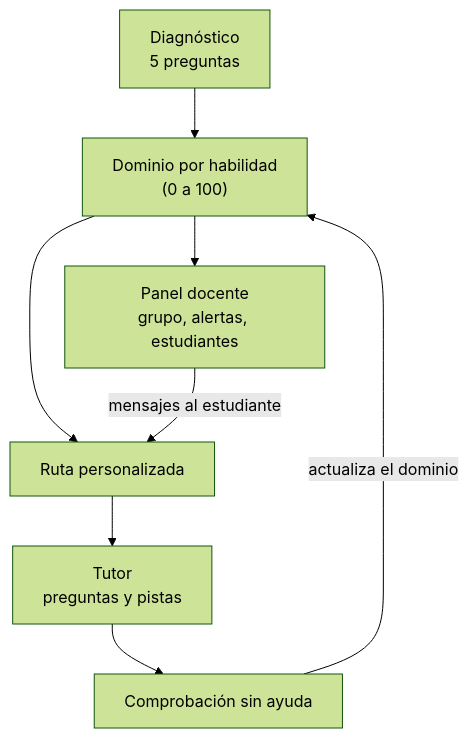
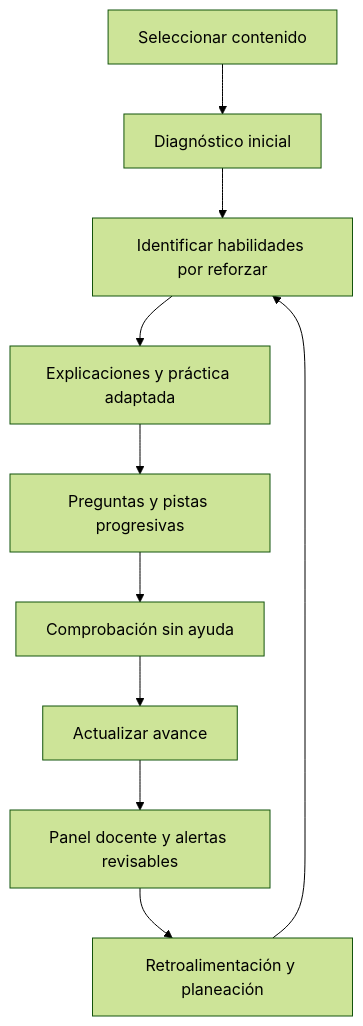
One commit to tuatrofisicoxav20-oss/equipo-16- changed the first of 2 diagrams in README.md. Above: the diagram before and after it, drawn with Mermaid (forest theme). The commit also changed other lines of this file, not shown here.

````diff
--- a/README.md
+++ b/README.md
@@ -57,10 +108,12 @@
 ```mermaid
 flowchart TD
-  A["Diagnóstico<br/>5 preguntas"] --> B["Dominio por habilidad<br/>(0 a 100)"]
-  B --> C["Ruta personalizada"]
-  C --> D["Tutor<br/>preguntas y pistas"]
-  D --> E["Comprobación sin ayuda"]
-  E -- "actualiza el dominio" --> B
-  B --> F["Panel docente<br/>grupo, alertas, estudiantes"]
-  F -- "mensajes al estudiante" --> C
+    A[Seleccionar contenido] --> B[Diagnóstico inicial]
+    B --> C[Identificar habilidades por reforzar]
+    C --> D[Explicaciones y práctica adaptada]
+    D --> E[Preguntas y pistas progresivas]
+    E --> F[Comprobación sin ayuda]
+    F --> G[Actualizar avance]
+    G --> H[Panel docente y alertas revisables]
+    H --> I[Retroalimentación y planeación]
+    I --> C
 ```
````
